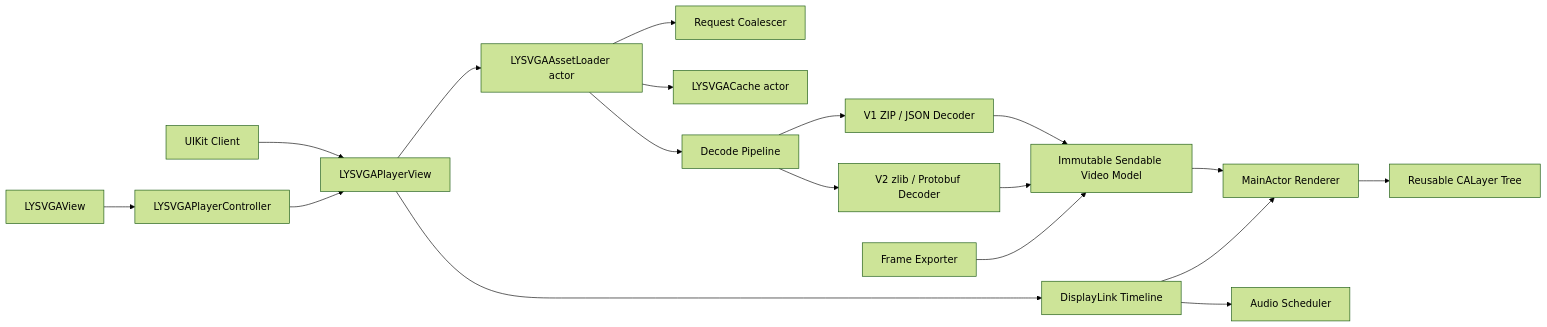
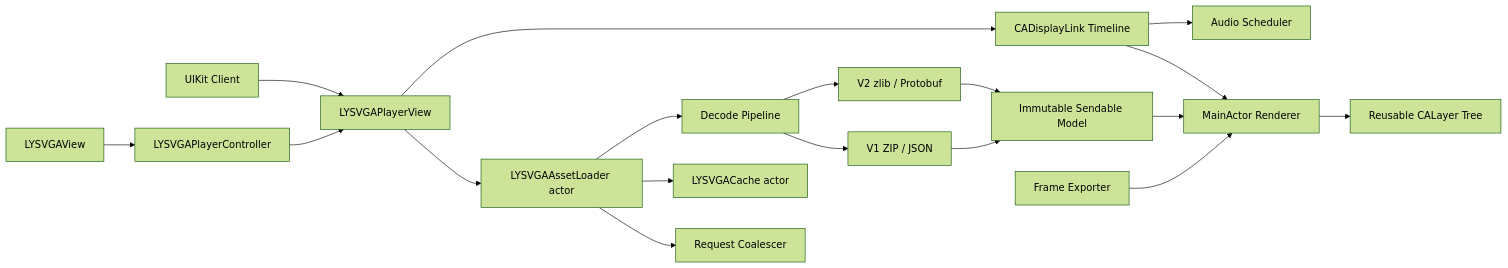
Before and after one commit to KahnLi-lyc/LYSVGAPlayer: the first of 4 diagrams in docs/ARCHITECTURE.md, drawn with Mermaid (forest theme). The commit also changed other lines of this file and 2 other files, not shown here.

````diff
--- a/docs/ARCHITECTURE.md
+++ b/docs/ARCHITECTURE.md
@@ -13,23 +11,23 @@
 ```mermaid
 flowchart LR
     UIKit["UIKit Client"] --> Player["LYSVGAPlayerView"]
     SwiftUI["LYSVGAView"] --> Controller["LYSVGAPlayerController"]
     Controller --> Player
 
     Player --> Loader["LYSVGAAssetLoader actor"]
     Loader --> Requests["Request Coalescer"]
     Loader --> Cache["LYSVGACache actor"]
     Loader --> Pipeline["Decode Pipeline"]
 
-    Pipeline --> V1["V1 ZIP / JSON Decoder"]
-    Pipeline --> V2["V2 zlib / Protobuf Decoder"]
-    V1 --> Model["Immutable Sendable Video Model"]
+    Pipeline --> V1["V1 ZIP / JSON"]
+    Pipeline --> V2["V2 zlib / Protobuf"]
+    V1 --> Model["Immutable Sendable Model"]
     V2 --> Model
 
     Model --> Renderer["MainActor Renderer"]
     Renderer --> Layers["Reusable CALayer Tree"]
-    Player --> Clock["DisplayLink Timeline"]
+    Player --> Clock["CADisplayLink Timeline"]
     Clock --> Renderer
     Clock --> Audio["Audio Scheduler"]
-    Exporter["Frame Exporter"] --> Model
+    Exporter["Frame Exporter"] --> Renderer
 ```
````
